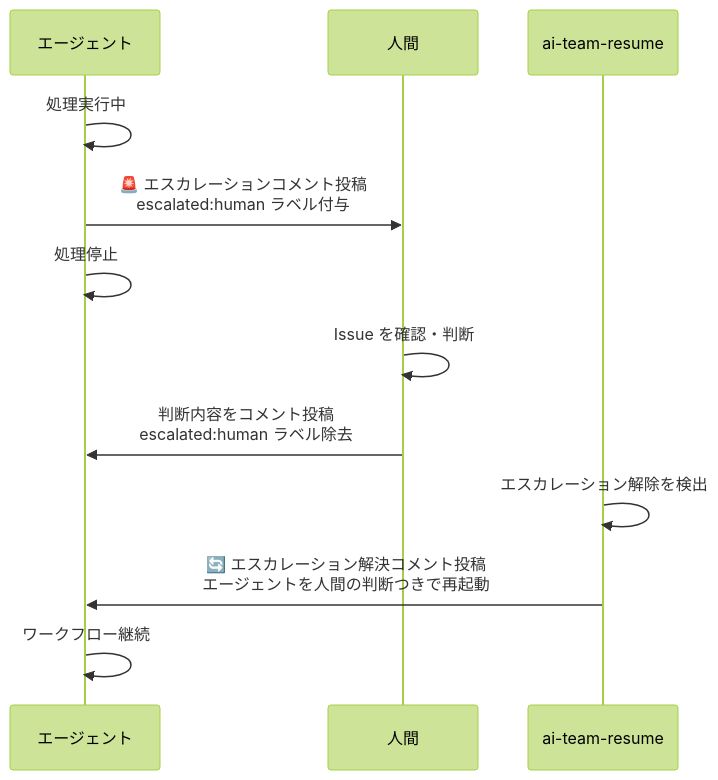
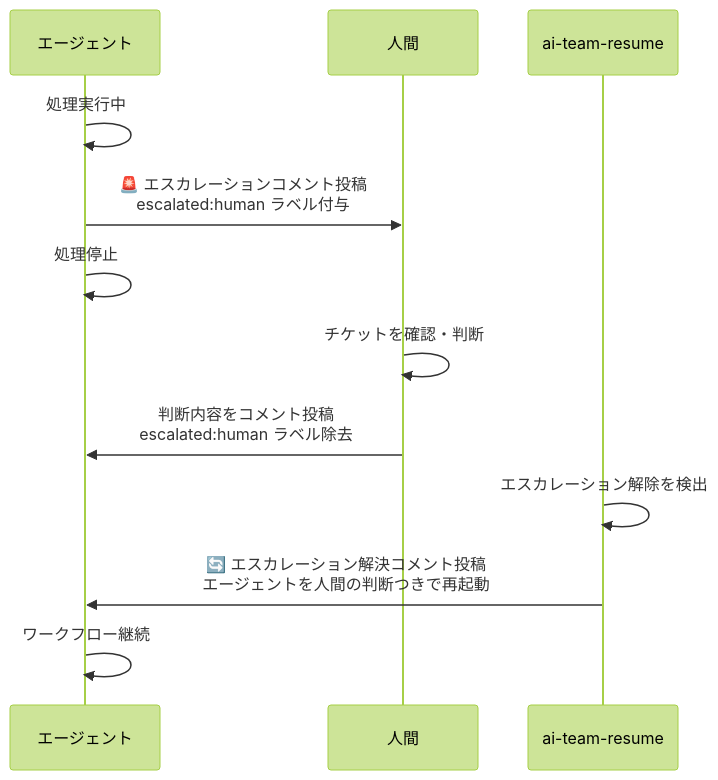
One commit to trimixjp/trimix-cc-project-template changed the diagram in docs-src/versions/v0.23.0/skills/resume.md. Above: the diagram before and after it, drawn with Mermaid (forest theme). The commit also changed other lines of this file and 197 other files, not shown here.

````diff
--- a/docs-src/versions/v0.23.0/skills/resume.md
+++ b/docs-src/versions/v0.23.0/skills/resume.md
@@ -125,15 +125,15 @@
 ```mermaid
 sequenceDiagram
     participant A as エージェント
     participant H as 人間
     participant R as ai-team-resume
 
     A->>A: 処理実行中
     A->>H: 🚨 エスカレーションコメント投稿<br/>escalated:human ラベル付与
     A->>A: 処理停止
-    H->>H: Issue を確認・判断
+    H->>H: チケットを確認・判断
     H->>A: 判断内容をコメント投稿<br/>escalated:human ラベル除去
     R->>R: エスカレーション解除を検出
     R->>A: 🔄 エスカレーション解決コメント投稿<br/>エージェントを人間の判断つきで再起動
     A->>A: ワークフロー継続
 ```
````
